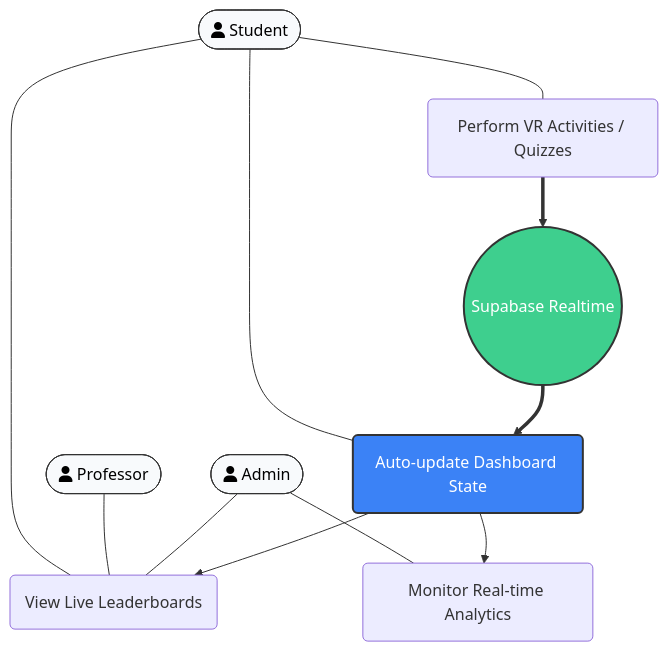
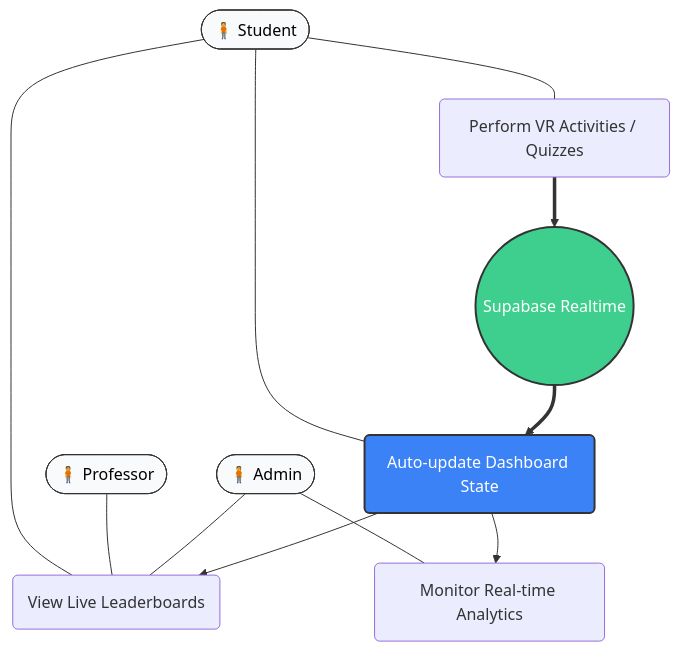
The second of 2 diagrams in README.md (whayneGrageda/VR_Nationalian), drawn with Mermaid before and after one commit. The commit also changed other lines of this file, not shown here.

````diff
--- a/README.md
+++ b/README.md
@@ -132,35 +133,35 @@
 ```mermaid
 graph TD
     %% Actors
-    Student([fa:fa-user Student])
-    Professor([fa:fa-user Professor])
-    Admin([fa:fa-user Admin])
+    Student([🧍 Student])
+    Professor([🧍 Professor])
+    Admin([🧍 Admin])
     Supabase((Supabase Realtime))
 
     %% Use Cases
     UC1(Perform VR Activities / Quizzes)
     UC2(View Live Leaderboards)
     UC3(Monitor Real-time Analytics)
     UC4(Auto-update Dashboard State)
 
     %% Relationships
     Student --- UC1
     Student --- UC4
     Student --- UC2
     Professor --- UC2
     Admin --- UC2
     Admin --- UC3
 
     %% Realtime Flow
     UC1 ==> Supabase
     Supabase ==> UC4
     UC4 --> UC2
     UC4 --> UC3
 
     %% Styling
     style Supabase fill:#3ecf8e,stroke:#333,stroke-width:2px,color:#fff
     style UC4 fill:#3b82f6,stroke:#333,stroke-width:2px,color:#fff
     style Student fill:#f8fafc,stroke:#333,color:#000
     style Professor fill:#f8fafc,stroke:#333,color:#000
     style Admin fill:#f8fafc,stroke:#333,color:#000
 ```
````
